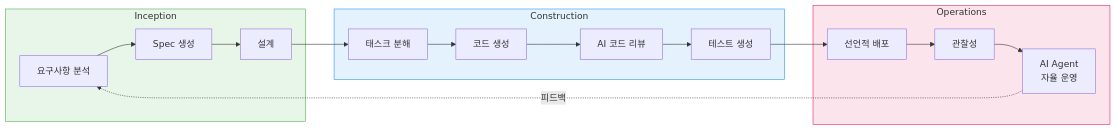
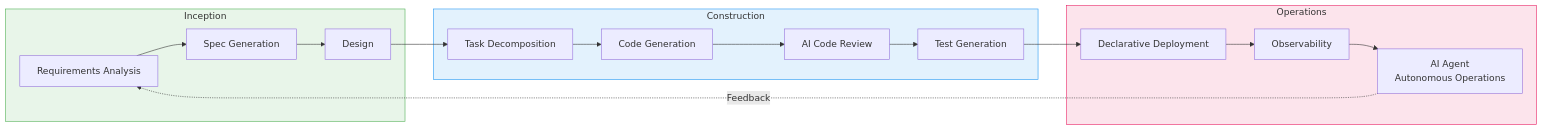
One commit to devfloor9/engineering-playbook changed the first of 2 diagrams in docs/aidlc/methodology/principles-and-model.md. Above: the diagram before and after it, drawn with Mermaid. The commit also changed other lines of this file and 954 other files, not shown here.

````diff
--- a/docs/aidlc/methodology/principles-and-model.md
+++ b/docs/aidlc/methodology/principles-and-model.md
@@ -349,31 +312,31 @@
 ```mermaid
 graph LR
     subgraph Inception["Inception"]
-        REQ["요구사항 분석"]
-        SPEC["Spec 생성"]
-        DESIGN["설계"]
+        REQ["Requirements Analysis"]
+        SPEC["Spec Generation"]
+        DESIGN["Design"]
     end
 
     subgraph Construction["Construction"]
-        TASKS["태스크 분해"]
-        CODE["코드 생성"]
-        REVIEW["AI 코드 리뷰"]
-        TEST["테스트 생성"]
+        TASKS["Task Decomposition"]
+        CODE["Code Generation"]
+        REVIEW["AI Code Review"]
+        TEST["Test Generation"]
     end
 
     subgraph Operations["Operations"]
-        DEPLOY["선언적 배포"]
-        OBSERVE["관찰성"]
-        AGENT["AI Agent<br/>자율 운영"]
+        DEPLOY["Declarative Deployment"]
+        OBSERVE["Observability"]
+        AGENT["AI Agent<br/>Autonomous Operations"]
     end
 
     REQ --> SPEC --> DESIGN --> TASKS
     TASKS --> CODE --> REVIEW --> TEST
     TEST --> DEPLOY --> OBSERVE --> AGENT
 
-    AGENT -.->|피드백| REQ
+    AGENT -.->|Feedback| REQ
 
     style Inception fill:#e8f5e9,stroke:#4caf50
     style Construction fill:#e3f2fd,stroke:#2196f3
     style Operations fill:#fce4ec,stroke:#e91e63
 ```
````
